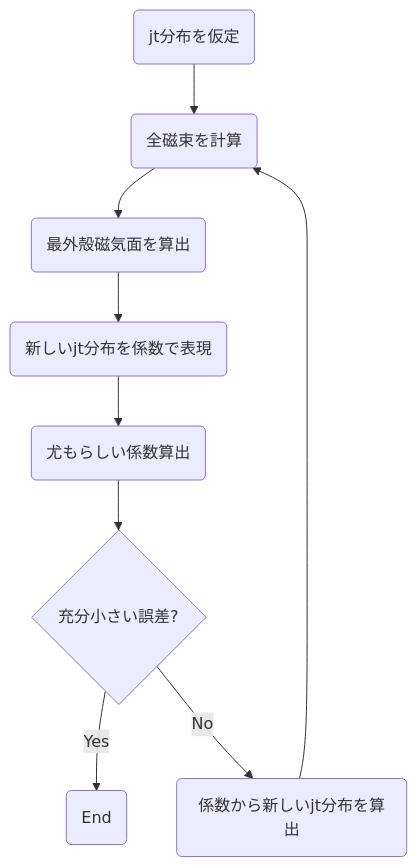
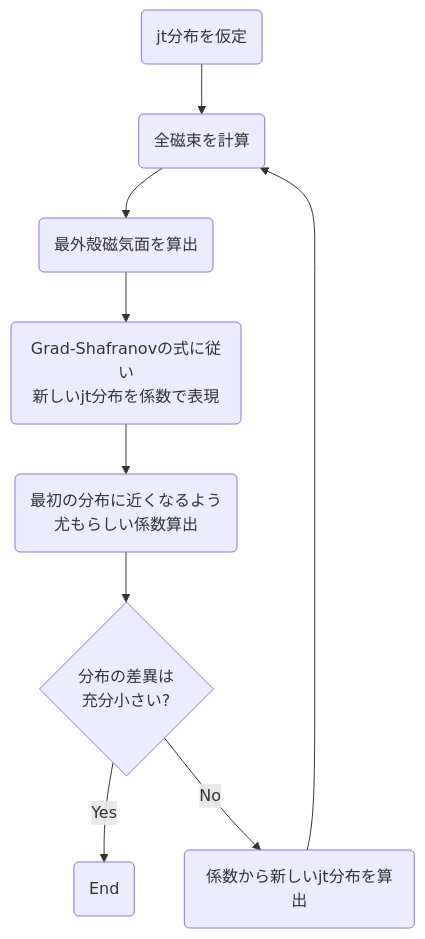
Before and after one commit to hasemac/tokamak_equilibrium: the diagram in doc/equilibrium.md, drawn with Mermaid.

Commit message:
edit flow chart

````diff
--- a/doc/equilibrium.md
+++ b/doc/equilibrium.md
@@ -17,11 +17,11 @@
 ```mermaid
 graph TD;
   A(jt分布を仮定)-->F(全磁束を計算);
   F-->D(最外殻磁気面を算出);
-  D-->J(新しいjt分布を係数で表現);
-  J-->E(尤もらしい係数算出);
-  E-->C{充分小さい誤差?};
+  D-->J(Grad-Shafranovの式に従い<br/>新しいjt分布を係数で表現);
+  J-->E(最初の分布に近くなるよう<br/>尤もらしい係数算出);
+  E-->C{分布の差異は<br/>充分小さい?};
   C-->|Yes|G(End)
   C-->|No|N(係数から新しいjt分布を算出);  
   N-->F;
 ```
````
